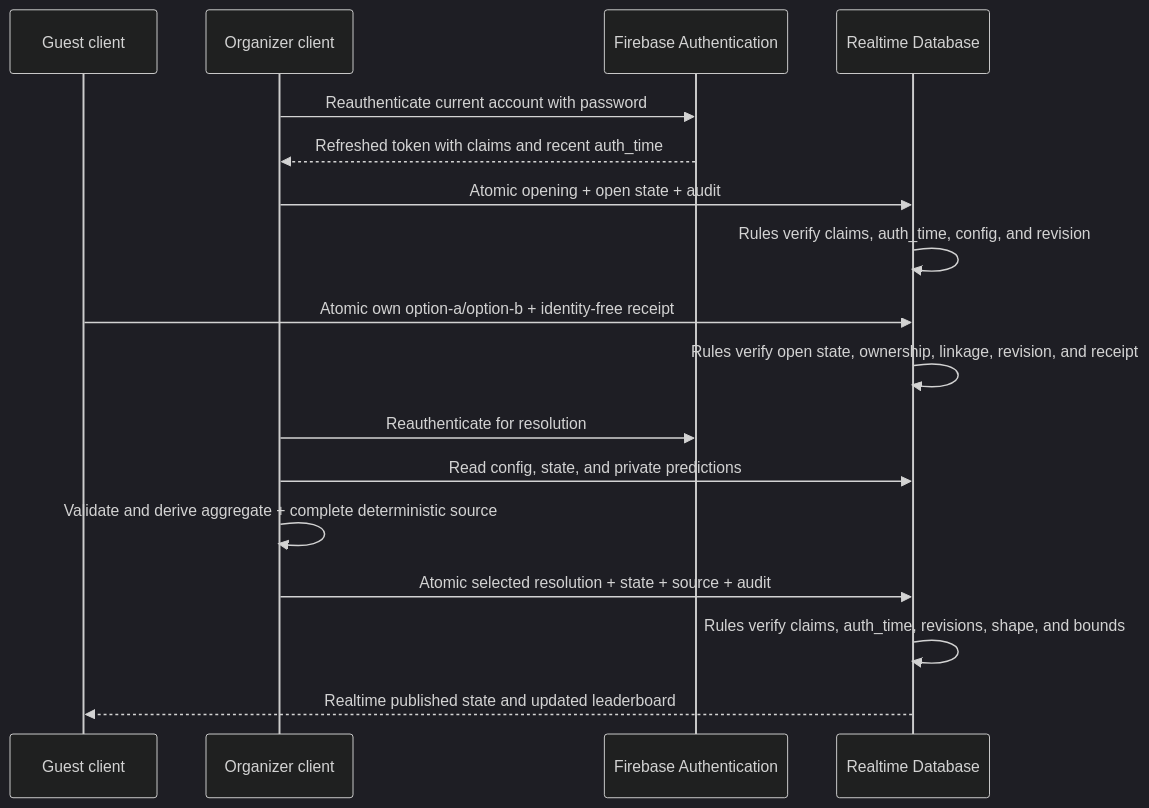
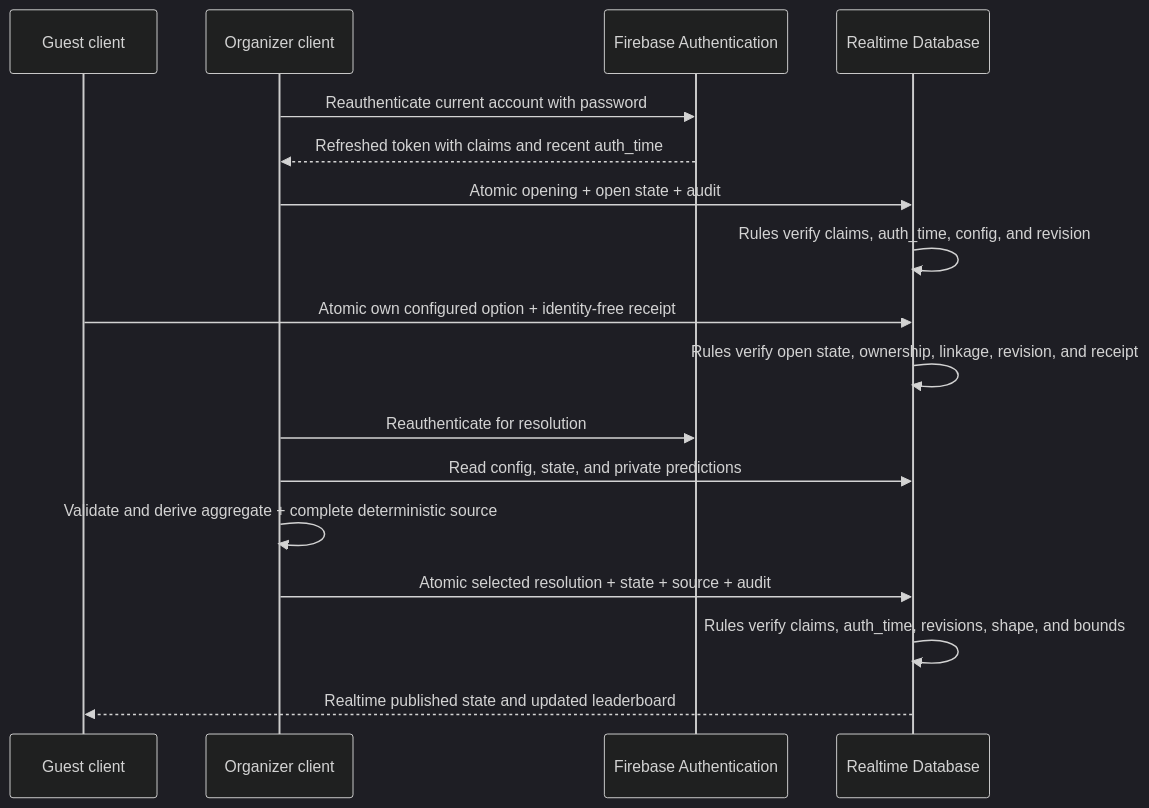
Before and after one commit to so-mb/games-and-castles: the second of 2 diagrams in docs/security-model.md, drawn with Mermaid (dark theme). The commit also changed other lines of this file and 20 other files, not shown here.

````diff
--- a/docs/security-model.md
+++ b/docs/security-model.md
@@ -203,19 +203,19 @@
 ```mermaid
 sequenceDiagram
     participant G as Guest client
     participant O as Organizer client
     participant A as Firebase Authentication
     participant DB as Realtime Database
     O->>A: Reauthenticate current account with password
     A-->>O: Refreshed token with claims and recent auth_time
     O->>DB: Atomic opening + open state + audit
     DB->>DB: Rules verify claims, auth_time, config, and revision
-    G->>DB: Atomic own option-a/option-b + identity-free receipt
+    G->>DB: Atomic own configured option + identity-free receipt
     DB->>DB: Rules verify open state, ownership, linkage, revision, and receipt
     O->>A: Reauthenticate for resolution
     O->>DB: Read config, state, and private predictions
     O->>O: Validate and derive aggregate + complete deterministic source
     O->>DB: Atomic selected resolution + state + source + audit
     DB->>DB: Rules verify claims, auth_time, revisions, shape, and bounds
     DB-->>G: Realtime published state and updated leaderboard
 ```
````
